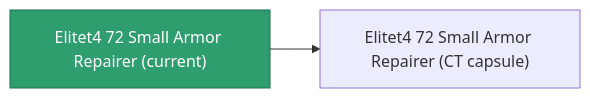
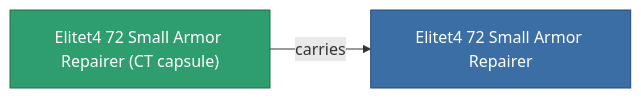
Before and after one commit to OpenPerpetuum/Wiki: the diagram in content/content/items/elitet4_72_small_armor_repairer.md, drawn with Mermaid. The commit also changed other lines of this file and 2015 other files, not shown here.

````diff
--- a/content/content/items/elitet4_72_small_armor_repairer.md
+++ b/content/content/items/elitet4_72_small_armor_repairer.md
@@ -36,8 +36,9 @@
 ```mermaid
 graph LR
-    a["Elitet4 72 Small Armor Repairer (current)"]:::current
-    b["Elitet4 72 Small Armor Repairer (CT capsule)"]
-    a --> b
-    click b "/content/items/elitet4-72-small-armor-repairer-ct-capsule/" "Elitet4 72 Small Armor Repairer (CT capsule)"
+    a["Elitet4 72 Small Armor Repairer (CT capsule)"]:::current
+    b["Elitet4 72 Small Armor Repairer"]:::finished
+    a -->|carries| b
+                click b "/content/items/elitet4-72-small-armor-repairer/" "Elitet4 72 Small Armor Repairer"
     classDef current fill:#2f9e6f,stroke:#1f6f4a,color:#ffffff
+    classDef finished fill:#3b6ea5,stroke:#274a75,color:#ffffff
 ```
````
